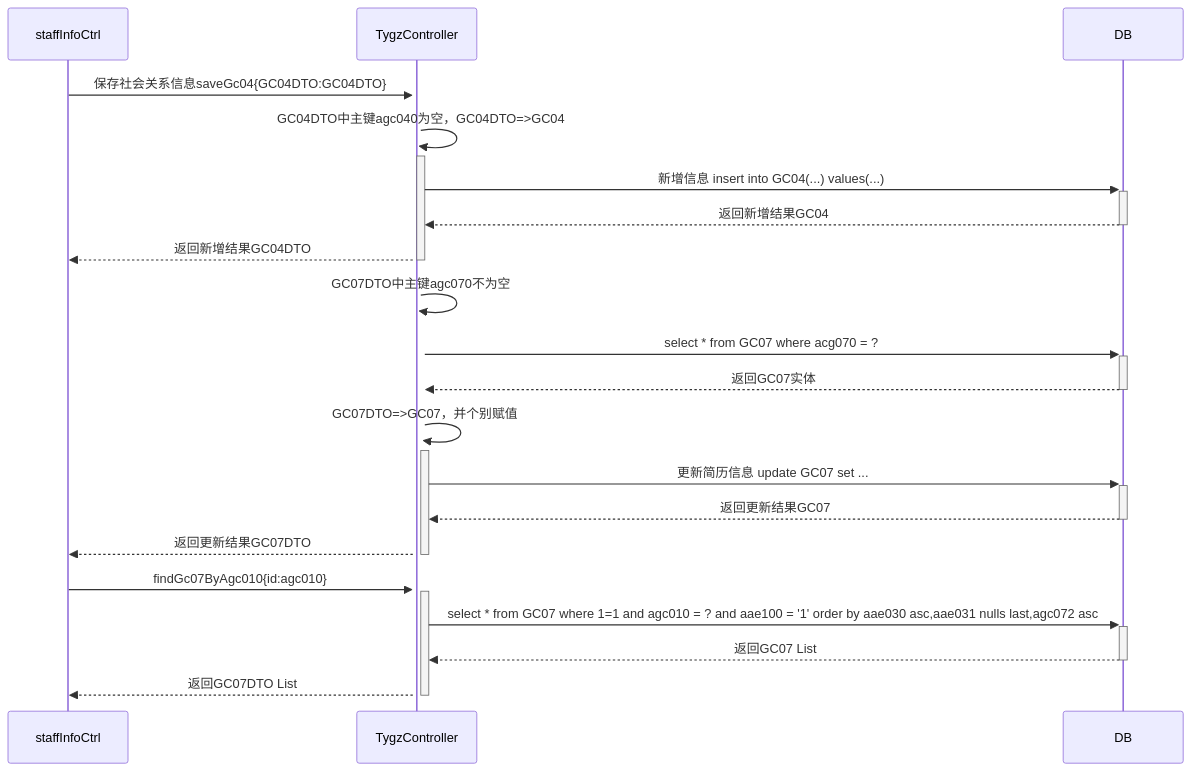
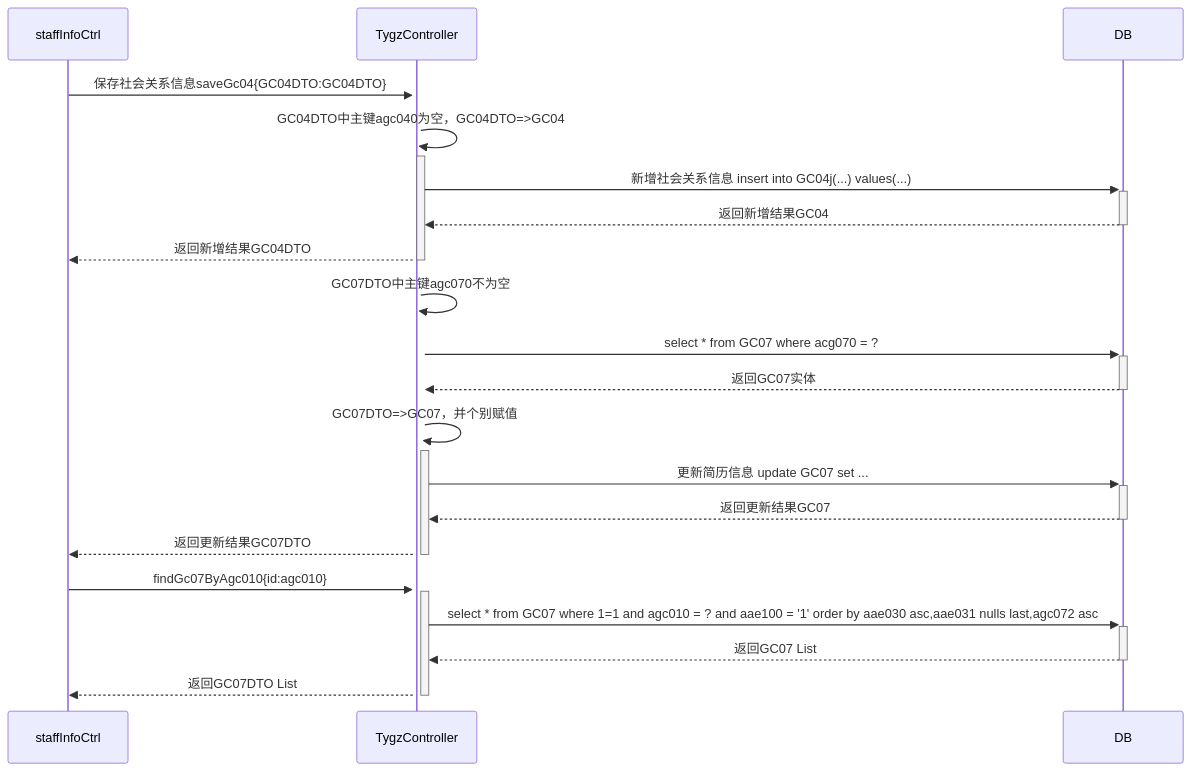
One commit to ZhangJianBeiJing/iodraw-files changed the diagram in all/未命名.md. Above: the diagram before and after it, drawn with Mermaid.

Commit message:
2025-03-25 17:33:02 update

````diff
--- a/all/未命名.md
+++ b/all/未命名.md
@@ -1,22 +1,22 @@
 ```mermaid
 sequenceDiagram
     staffInfoCtrl->>+TygzController:保存社会关系信息saveGc04{GC04DTO:GC04DTO}
     TygzController->>+TygzController:GC04DTO中主键agc040为空，GC04DTO=>GC04
-    TygzController->>+DB:新增信息 insert into GC04(...) values(...)
+    TygzController->>+DB:新增社会关系信息 insert into GC04j(...) values(...)
     DB-->>-TygzController:返回新增结果GC04
     TygzController-->>-staffInfoCtrl:返回新增结果GC04DTO
     TygzController->>+TygzController:GC07DTO中主键agc070不为空
     TygzController->>+DB:select * from GC07 where acg070 = ?
     DB-->>-TygzController:返回GC07实体
     TygzController->>+TygzController:GC07DTO=>GC07，并个别赋值
     TygzController->>+DB:更新简历信息 update GC07 set ...
     DB-->>-TygzController:返回更新结果GC07
     TygzController-->>-staffInfoCtrl:返回更新结果GC07DTO
 
     staffInfoCtrl->>+TygzController:findGc07ByAgc010{id:agc010}
     TygzController->>+DB:select * from GC07 where 1=1 and agc010 = ? and aae100 = '1' order by aae030 asc,aae031 nulls last,agc072 asc 
     DB-->>-TygzController:返回GC07 List
     TygzController-->>-staffInfoCtrl:返回GC07DTO List
             
             
 ```
````
